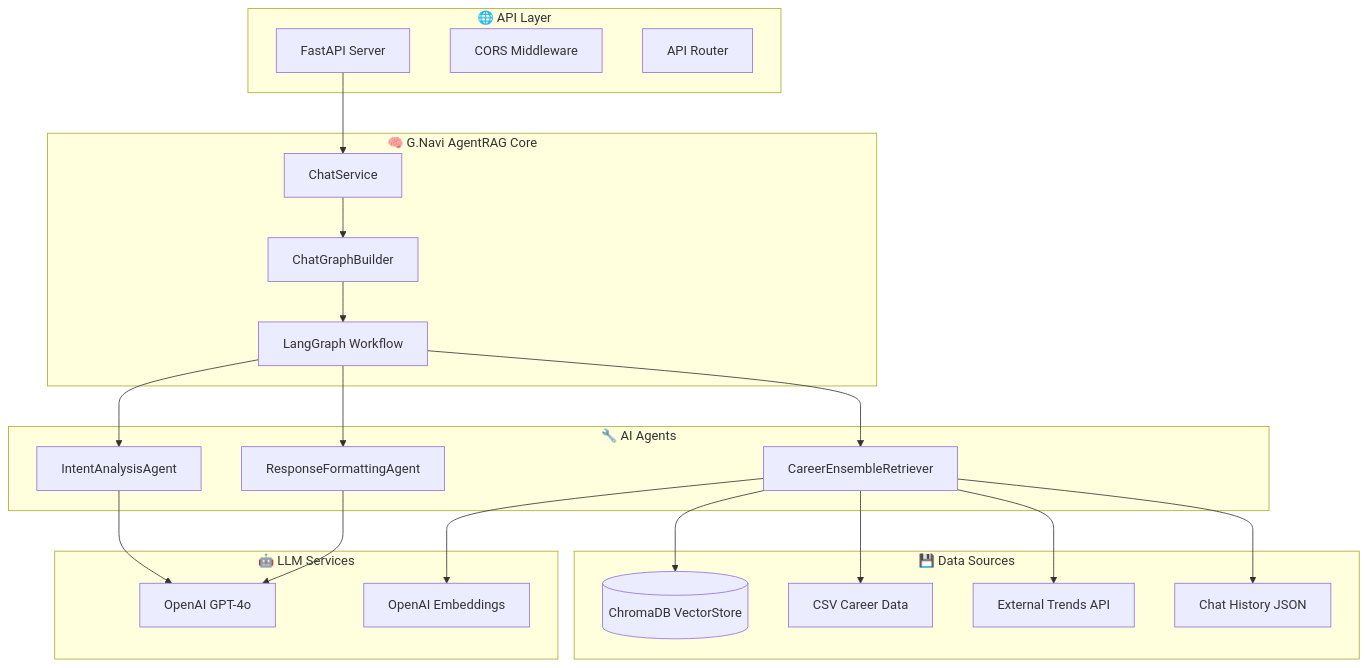
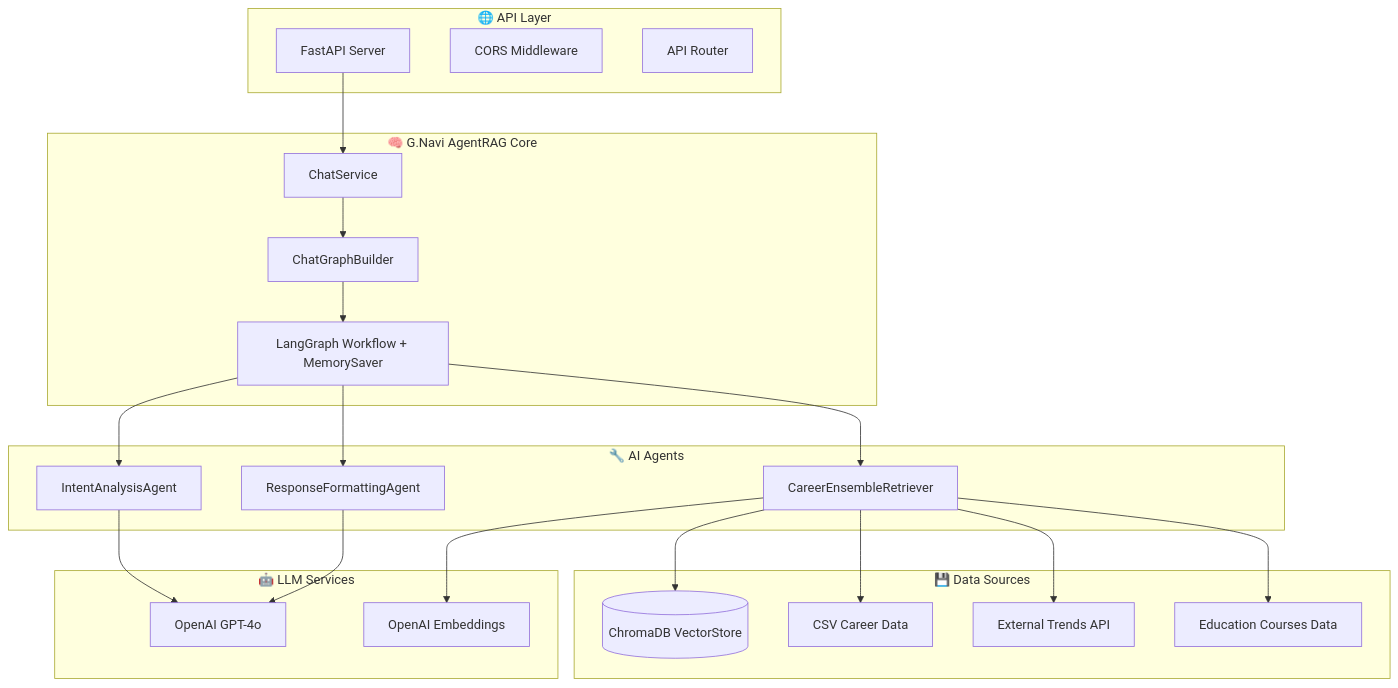
One commit to SK4toB/g-navi-ai-api changed the first of 3 diagrams in README.md. Above: the diagram before and after it, drawn with Mermaid. The commit also changed other lines of this file, not shown here.

````diff
--- a/README.md
+++ b/README.md
@@ -25,48 +26,48 @@
 ```mermaid
 graph TB
     subgraph "🌐 API Layer"
         A[FastAPI Server]
         B[CORS Middleware]
         C[API Router]
     end
     
     subgraph "🧠 G.Navi AgentRAG Core"
         D[ChatService]
         E[ChatGraphBuilder]
-        F[LangGraph Workflow]
+        F[LangGraph Workflow + MemorySaver]
     end
     
     subgraph "🔧 AI Agents"
         G[CareerEnsembleRetriever]
         H[IntentAnalysisAgent]
         I[ResponseFormattingAgent]
     end
     
     subgraph "💾 Data Sources"
         K[(ChromaDB VectorStore)]
         L[CSV Career Data]
         M[External Trends API]
-        N[Chat History JSON]
+        N[Education Courses Data]
     end
     
     subgraph "🤖 LLM Services"
         O[OpenAI GPT-4o]
         P[OpenAI Embeddings]
     end
     
     A --> D
     D --> E
     E --> F
     F --> G
     F --> H
     F --> I
     
     G --> K
     G --> L
     G --> M
     G --> N
     
     H --> O
     I --> O
     G --> P
 ```
````
